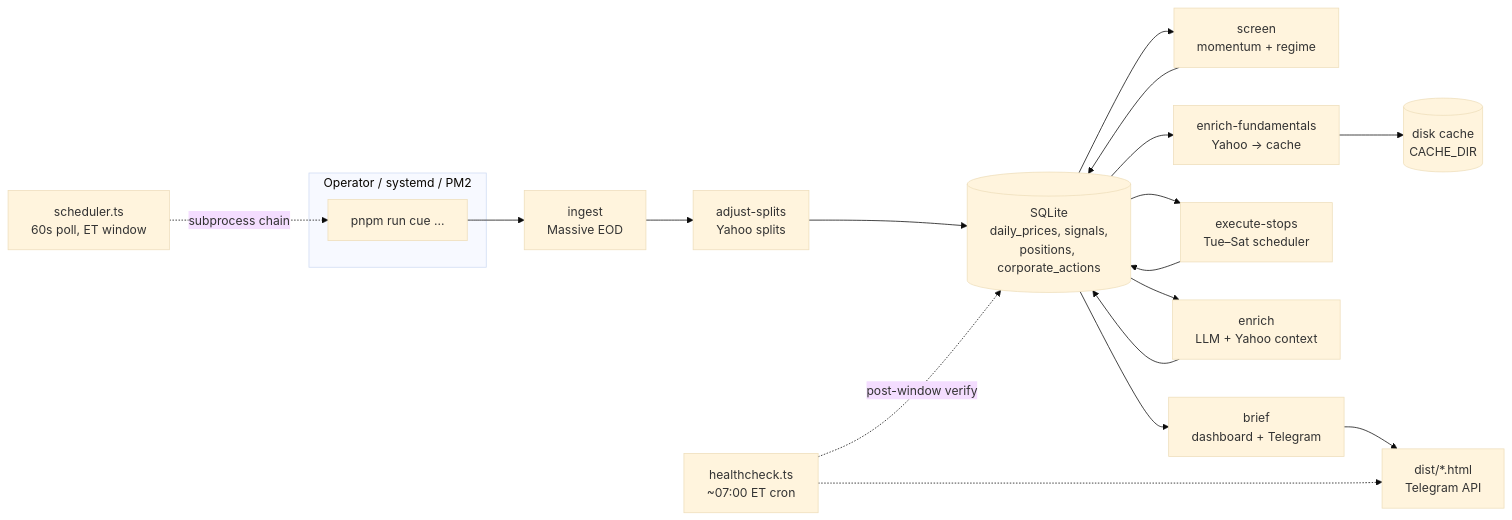
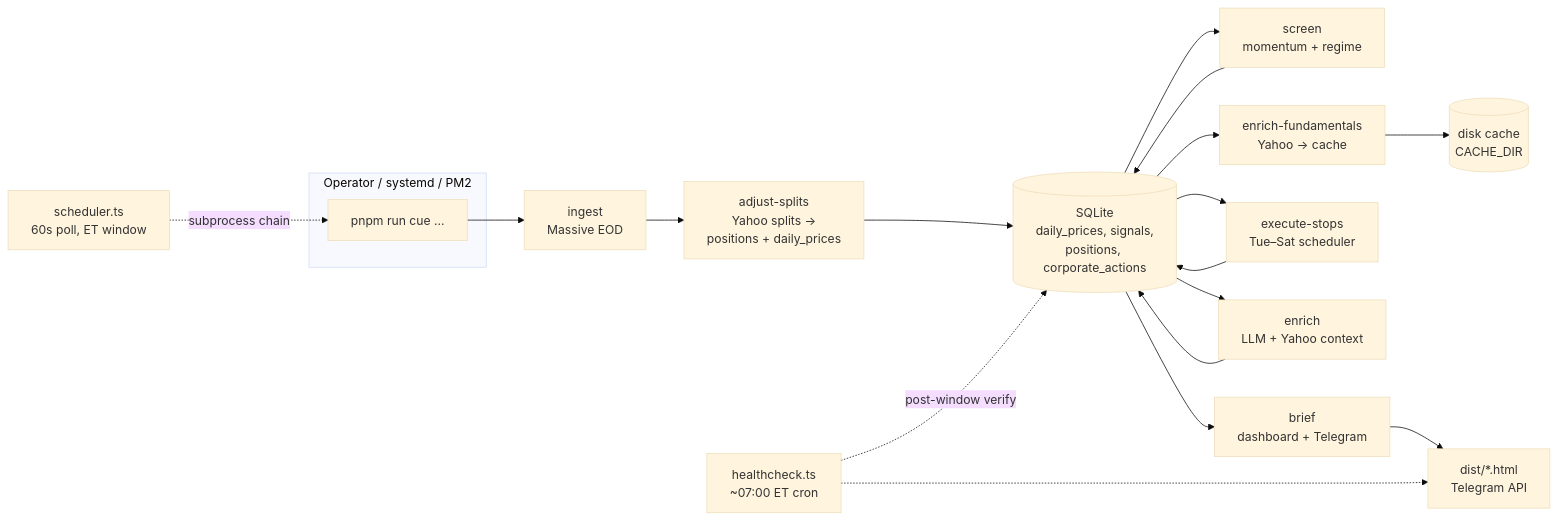
The diagram in README.md (Shubhamjain2908/cue), drawn with Mermaid (base theme) before and after one commit. The commit also changed other lines of this file and 3 other files, not shown here.

````diff
--- a/README.md
+++ b/README.md
@@ -32,22 +32,22 @@
 ```mermaid
 flowchart LR
   subgraph ManualOrCron["Operator / systemd / PM2"]
     CLI["pnpm run cue …"]
   end
   CLI --> Ingest["ingest\nMassive EOD"]
-  Ingest --> Splits["adjust-splits\nYahoo splits"]
+  Ingest --> Splits["adjust-splits\nYahoo splits →\npositions + daily_prices"]
   Splits --> DB[("SQLite\ndaily_prices, signals,\npositions, corporate_actions")]
   DB --> Screen["screen\nmomentum + regime"]
   Screen --> DB
   DB --> Fund["enrich-fundamentals\nYahoo → cache"]
   Fund --> Disk[("disk cache\nCACHE_DIR")]
   DB --> Stops["execute-stops\nTue–Sat scheduler"]
   Stops --> DB
   DB --> LLM["enrich\nLLM + Yahoo context"]
   LLM --> DB
   DB --> Brief["brief\ndashboard + Telegram"]
   Brief --> Out["dist/*.html\nTelegram API"]
   Sched["scheduler.ts\n60s poll, ET window"] -.->|"subprocess chain"| CLI
   HC["healthcheck.ts\n~07:00 ET cron"] -.->|"post-window verify"| DB
   HC -.-> Out
 ```
````
